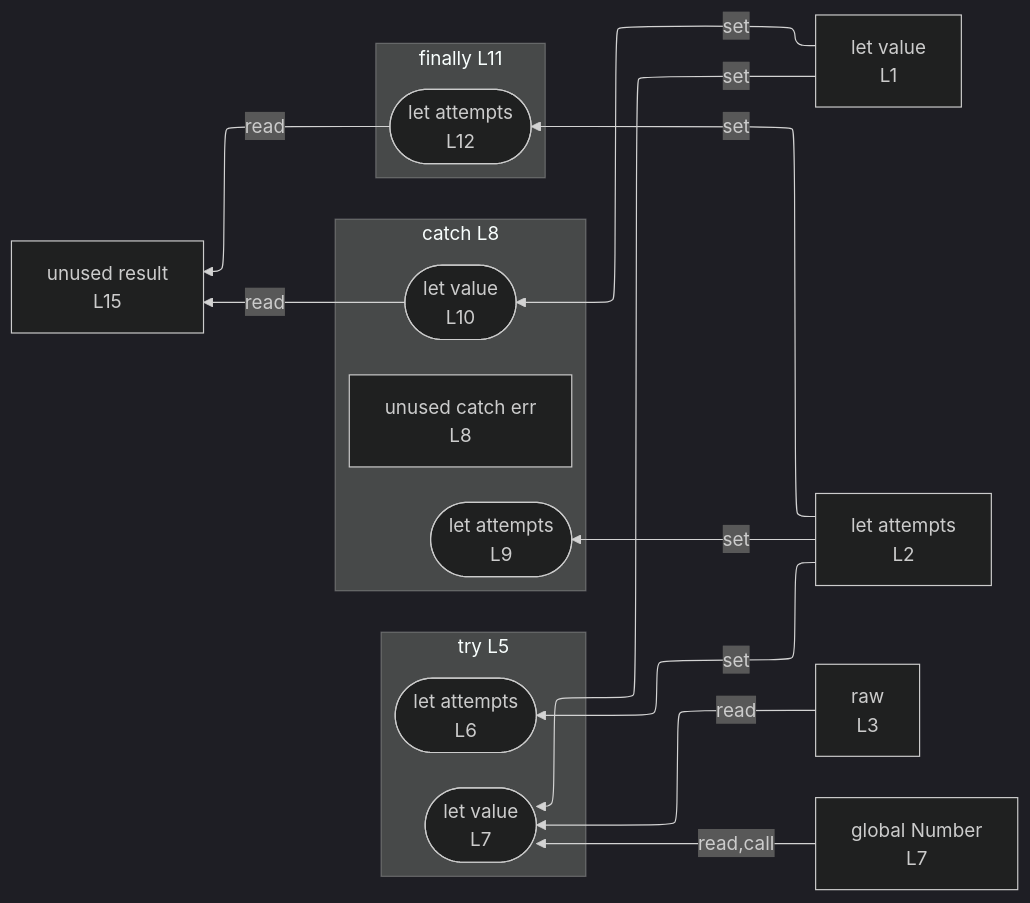
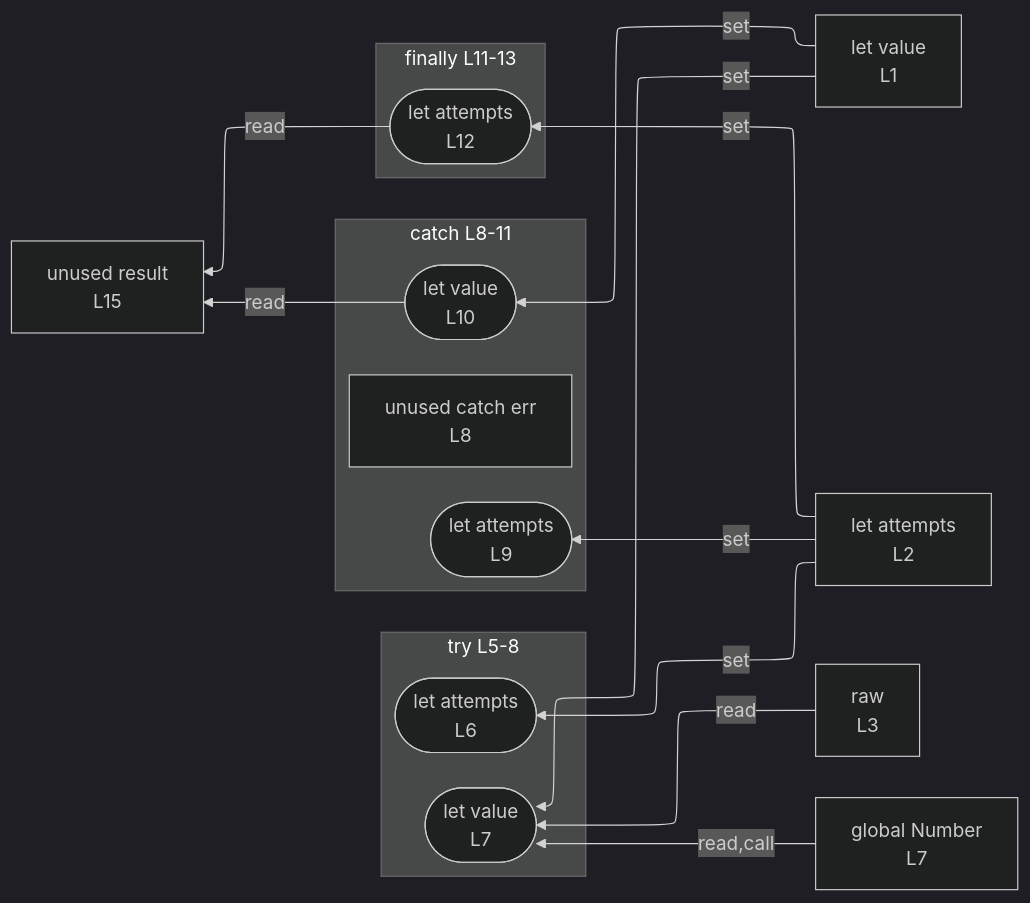
One commit to crescware/unsnarl changed the diagram in integration/fixtures/control-try/preview.md. Above: the diagram before and after it, drawn with Mermaid (dark theme). The commit also changed 125 other files, not shown here.

````diff
--- a/integration/fixtures/control-try/preview.md
+++ b/integration/fixtures/control-try/preview.md
@@ -25,33 +25,33 @@
 ```mermaid
 %%{init: {"flowchart": {"defaultRenderer": "elk"}}}%%
 flowchart RL
   n_scope_0_value_4["let value<br/>L1"]
   n_scope_0_attempts_19["let attempts<br/>L2"]
   n_scope_0_raw_39["raw<br/>L3"]
   n_scope_0_result_182["unused result<br/>L15"]
   n_scope_0_Number_84["global Number<br/>L7"]
-  subgraph s_scope_1["try L5"]
+  subgraph s_scope_1["try L5-8"]
     direction RL
     wr_ref_1(["let value<br/>L7"])
     wr_ref_0(["let attempts<br/>L6"])
   end
-  subgraph s_scope_2["catch L8"]
+  subgraph s_scope_2["catch L8-11"]
     direction RL
     n_scope_2_err_106["unused catch err<br/>L8"]
     wr_ref_5(["let value<br/>L10"])
     wr_ref_4(["let attempts<br/>L9"])
   end
-  subgraph s_scope_3["finally L11"]
+  subgraph s_scope_3["finally L11-13"]
     direction RL
     wr_ref_6(["let attempts<br/>L12"])
   end
   n_scope_0_value_4 -->|set| wr_ref_1
   n_scope_0_value_4 -->|set| wr_ref_5
   n_scope_0_attempts_19 -->|set| wr_ref_0
   n_scope_0_attempts_19 -->|set| wr_ref_4
   n_scope_0_attempts_19 -->|set| wr_ref_6
   n_scope_0_Number_84 -->|read,call| wr_ref_1
   n_scope_0_raw_39 -->|read| wr_ref_1
   wr_ref_5 -->|read| n_scope_0_result_182
   wr_ref_6 -->|read| n_scope_0_result_182
 ```
````
